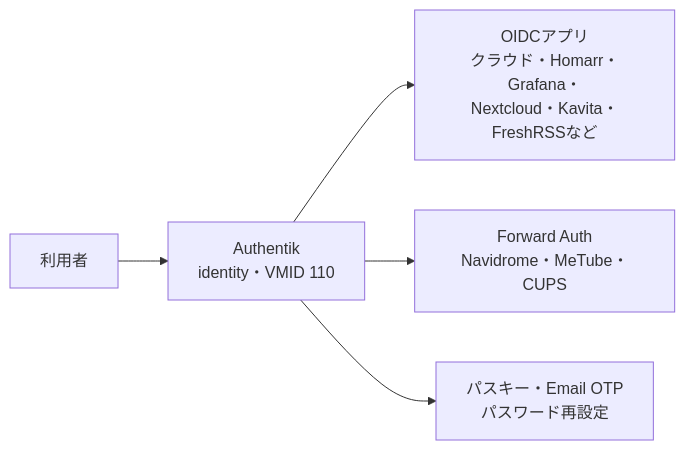
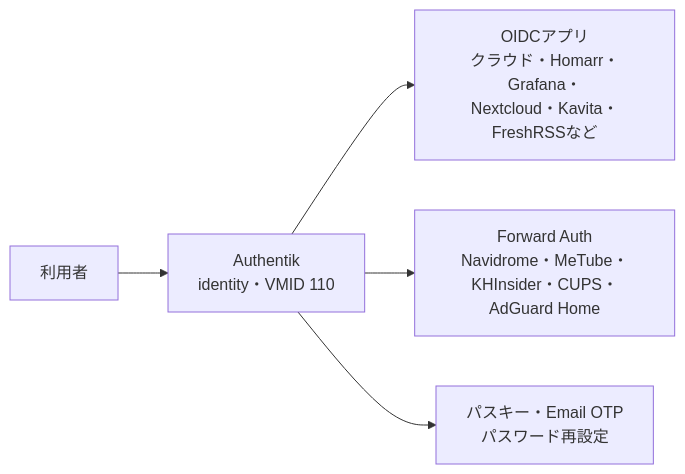
One commit to rurutheGeek/shake-cloud changed the fourth of 14 diagrams in docs/overview.md. Above: the diagram before and after it, drawn with Mermaid. The commit also changed other lines of this file and 9 other files, not shown here.

First line of the commit message:
docs(network): ネットワークの全体図を現状に更新する

````diff
--- a/docs/overview.md
+++ b/docs/overview.md
@@ -130,13 +149,13 @@
 ```mermaid
 flowchart LR
   user["利用者"]
   ak["Authentik<br/>identity・VMID 110"]
   oidc["OIDCアプリ<br/>クラウド・Homarr・Grafana・<br/>Nextcloud・Kavita・FreshRSSなど"]
-  forward["Forward Auth<br/>Navidrome・MeTube・CUPS"]
+  forward["Forward Auth<br/>Navidrome・MeTube・KHInsider・CUPS・AdGuard Home"]
   passkey["パスキー・Email OTP<br/>パスワード再設定"]
 
   user --> ak
   ak --> oidc
   ak --> forward
   ak --> passkey
 ```
````
